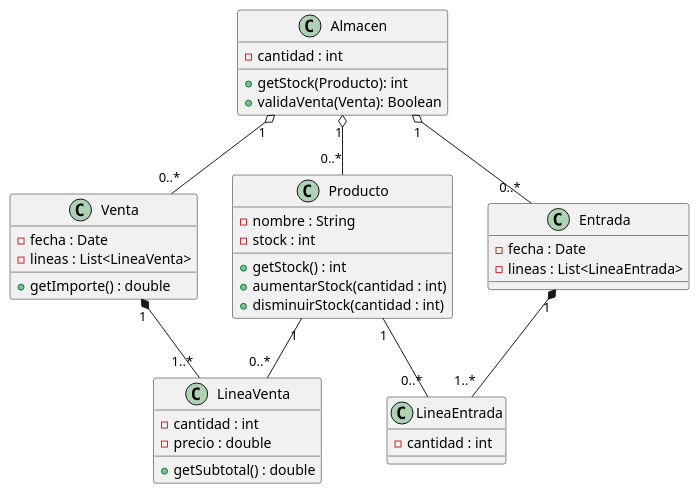
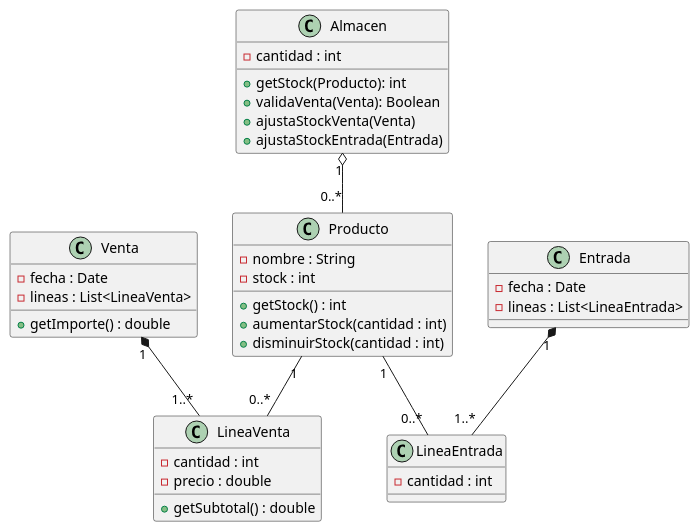
Before and after one commit to alvarogonzalezsotillo/apuntes-clase: the third of 16 diagrams in entornos-de-desarrollo/apuntes/6/ED-06-uml.org, drawn with PlantUML. The commit also changed other lines of this file and 20 other files, not shown here.

Commit message:
mejores diagramas

```diff
--- a/entornos-de-desarrollo/apuntes/6/ED-06-uml.org
+++ b/entornos-de-desarrollo/apuntes/6/ED-06-uml.org
@@ -177,54 +178,58 @@
 #+begin_src plantuml :file media/stock-almacen.svg
-  @startuml
+@startuml
 
 class Producto {
   - nombre : String
   - stock : int
   + getStock() : int
   + aumentarStock(cantidad : int)
   + disminuirStock(cantidad : int)
 }
 
 class Venta {
   - fecha : Date
   - lineas : List<LineaVenta>
   + getImporte() : double
 }
 
 class LineaVenta {
   - cantidad : int
   - precio : double
   + getSubtotal() : double
 }
 
 class Entrada {
   - fecha : Date
   - lineas : List<LineaEntrada>
 }
 
 class LineaEntrada {
   - cantidad : int
 }
 
 class Almacen {
   - cantidad : int
   + getStock(Producto): int
-  + validaVenta(Venta): Boolean      
+  + validaVenta(Venta): Boolean
+  + ajustaStockVenta(Venta)
+  + ajustaStockEntrada(Entrada)
 }
 
 Almacen "1" o-- "0..*" Producto
+/'
 Almacen "1" o-- "0..*" Venta
 Almacen "1" o-- "0..*" Entrada
+'/
 
 
 
 Producto "1" -- "0..*" LineaVenta
 Producto "1" -- "0..*" LineaEntrada
 
 Venta "1" *-- "1..*" LineaVenta
 Entrada "1" *-- "1..*" LineaEntrada
 
 
 
 @enduml
 #+end_src
```
